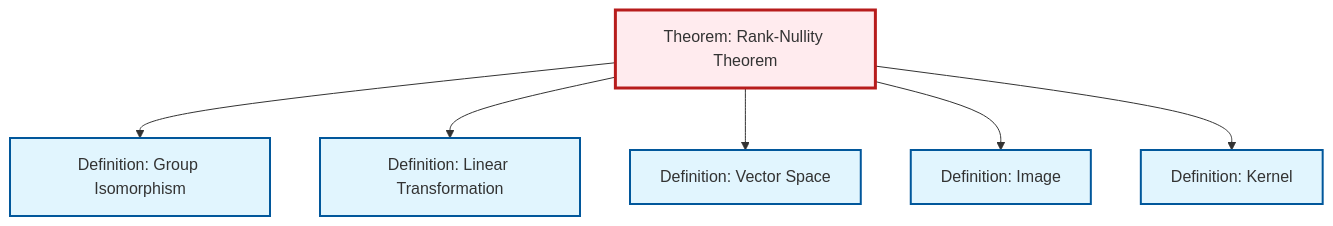
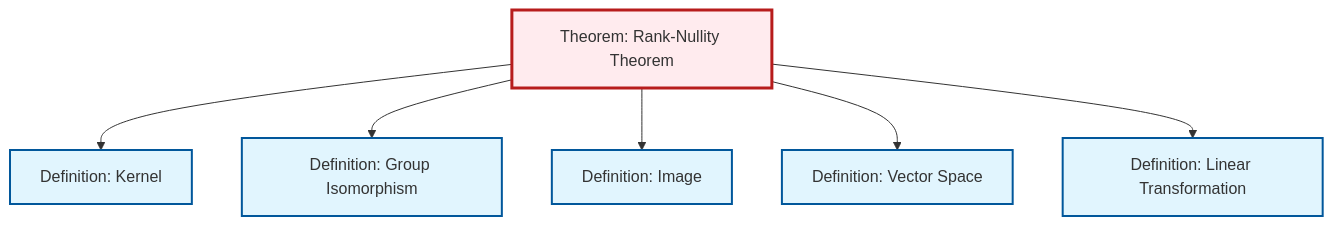
Before and after one commit to RK0429/ModernMath: the diagram in content/ja/algebra/thm-rank-nullity.qmd, drawn with Mermaid. The commit also changed other lines of this file and 654 other files, not shown here.

````diff
--- a/content/ja/algebra/thm-rank-nullity.qmd
+++ b/content/ja/algebra/thm-rank-nullity.qmd
@@ -57,26 +57,26 @@
 ```{mermaid}
 %%| fig-cap: "Local dependency graph"
 graph TD
     classDef definition fill:#e1f5fe,stroke:#01579b,stroke-width:2px
     classDef theorem fill:#f3e5f5,stroke:#4a148c,stroke-width:2px
     classDef axiom fill:#fff3e0,stroke:#e65100,stroke-width:2px
     classDef example fill:#e8f5e9,stroke:#1b5e20,stroke-width:2px
     classDef current fill:#ffebee,stroke:#b71c1c,stroke-width:3px
     thm-rank-nullity["Theorem: Rank-Nullity Theorem"]:::theorem
+    def-isomorphism["Definition: Group Isomorphism"]:::definition
     def-image["Definition: Image"]:::definition
-    def-isomorphism["Definition: Group Isomorphism"]:::definition
+    def-kernel["Definition: Kernel"]:::definition
     def-linear-transformation["Definition: Linear Transformation"]:::definition
-    def-kernel["Definition: Kernel"]:::definition
     def-vector-space["Definition: Vector Space"]:::definition
+    thm-rank-nullity --> def-kernel
     thm-rank-nullity --> def-isomorphism
+    thm-rank-nullity --> def-image
+    thm-rank-nullity --> def-vector-space
     thm-rank-nullity --> def-linear-transformation
-    thm-rank-nullity --> def-vector-space
-    thm-rank-nullity --> def-image
-    thm-rank-nullity --> def-kernel
     class thm-rank-nullity current
+    click def-isomorphism "def-isomorphism.html" "Definition: Group Isomorphismへ"
     click def-image "def-image.html" "Definition: Imageへ"
-    click def-isomorphism "def-isomorphism.html" "Definition: Group Isomorphismへ"
+    click def-kernel "def-kernel.html" "Definition: Kernelへ"
     click def-linear-transformation "def-linear-transformation.html" "Definition: Linear Transformationへ"
-    click def-kernel "def-kernel.html" "Definition: Kernelへ"
     click def-vector-space "def-vector-space.html" "Definition: Vector Spaceへ"
 ```
````
